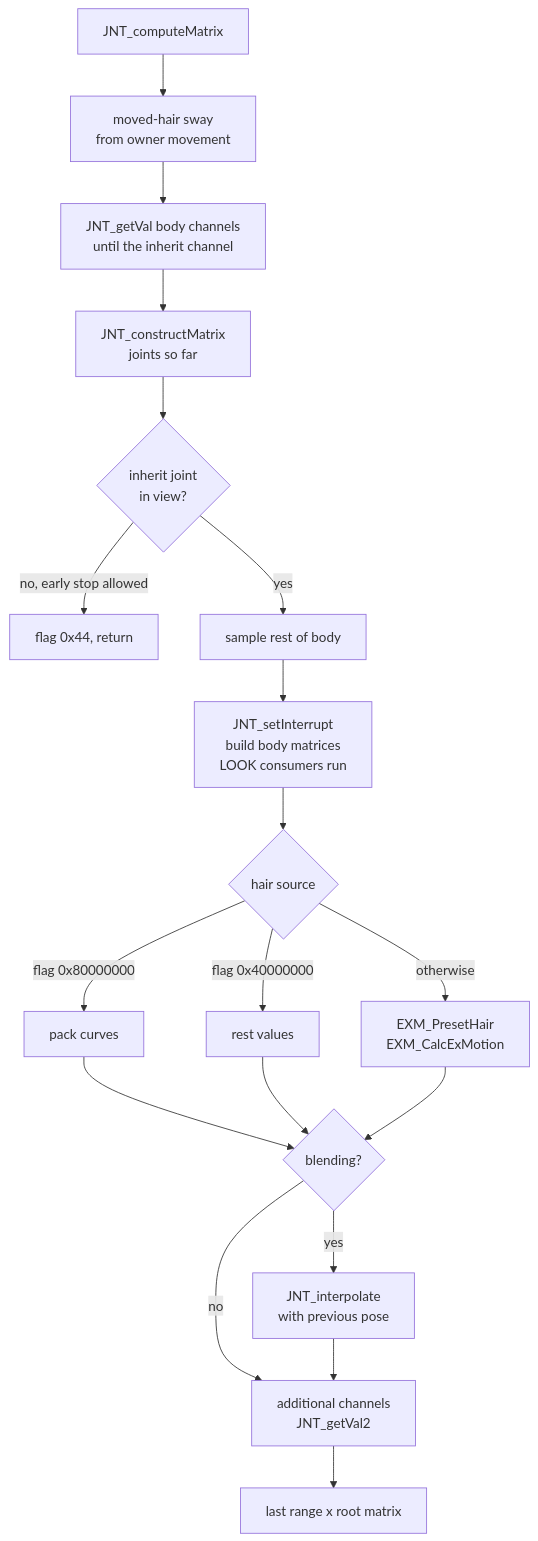
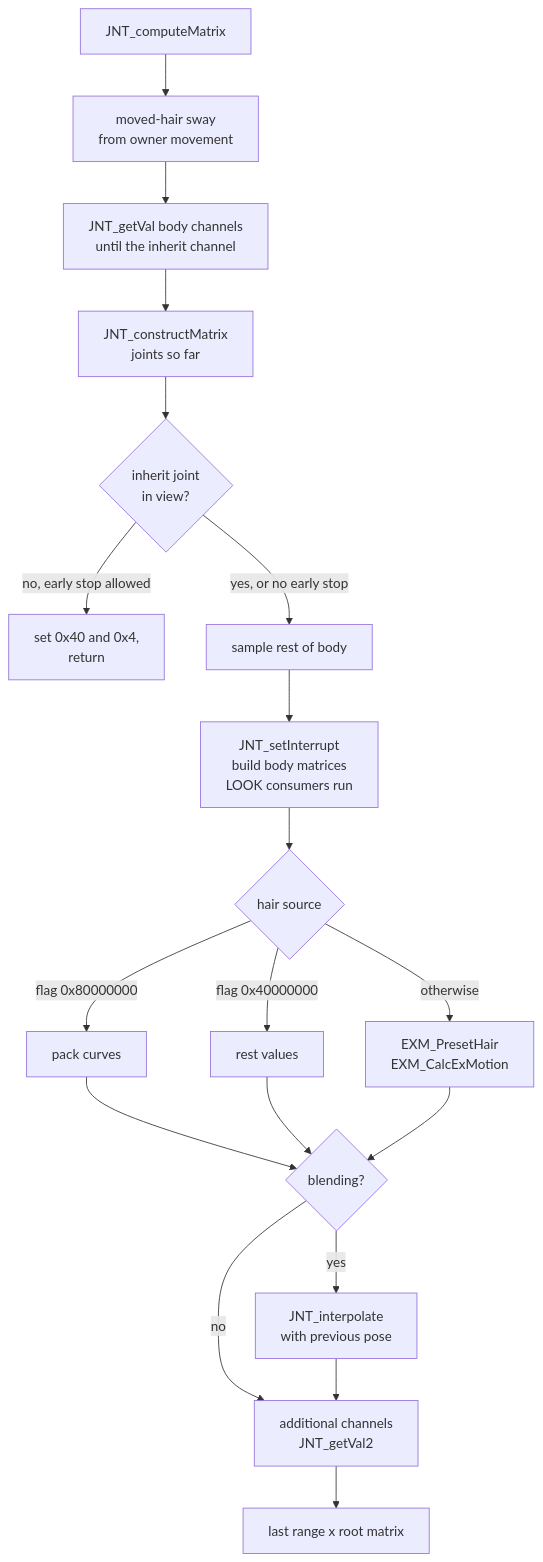
Before and after one commit to OpokXeno/xsg-i-decomp: the sixth of 9 diagrams in documentation/libraries/animation.md, drawn with Mermaid. The commit also changed other lines of this file and 41 other files, not shown here.

````diff
--- a/documentation/libraries/animation.md
+++ b/documentation/libraries/animation.md
@@ -701,21 +702,21 @@
 ```mermaid
 flowchart TB
     A[JNT_computeMatrix] --> B[moved-hair sway<br/>from owner movement]
     B --> C[JNT_getVal body channels<br/>until the inherit channel]
     C --> D[JNT_constructMatrix<br/>joints so far]
     D --> E{inherit joint<br/>in view?}
-    E -- "no, early stop allowed" --> X[flag 0x44, return]
-    E -- yes --> F[sample rest of body]
+    E -- "no, early stop allowed" --> X["set 0x40 and 0x4,<br/>return"]
+    E -- "yes, or no early stop" --> F[sample rest of body]
     F --> G[JNT_setInterrupt<br/>build body matrices<br/>LOOK consumers run]
     G --> H{hair source}
     H -- "flag 0x80000000" --> H1[pack curves]
     H -- "flag 0x40000000" --> H2[rest values]
     H -- otherwise --> H3[EXM_PresetHair<br/>EXM_CalcExMotion]
     H1 --> I
     H2 --> I
     H3 --> I{blending?}
     I -- yes --> J[JNT_interpolate<br/>with previous pose]
     I -- no --> K
     J --> K[additional channels<br/>JNT_getVal2]
     K --> L[last range x root matrix]
 ```
````
